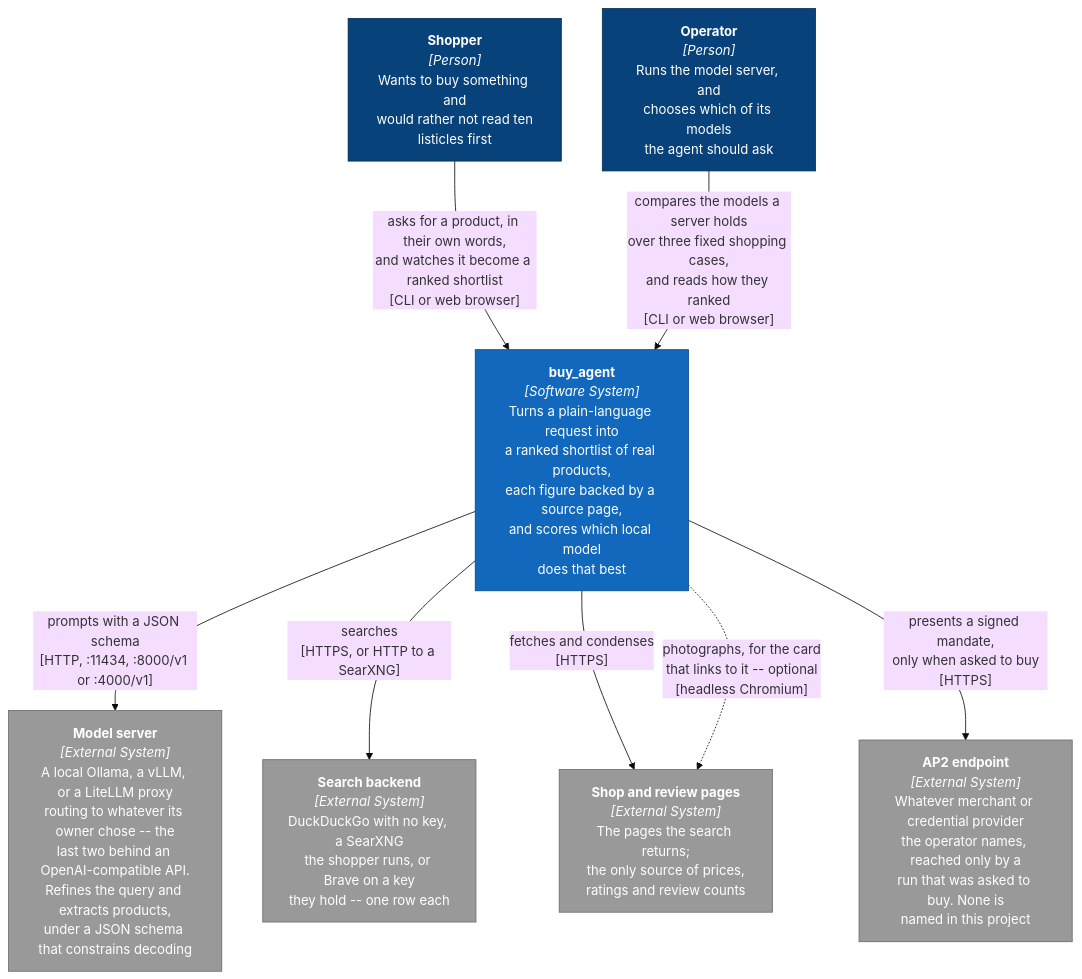
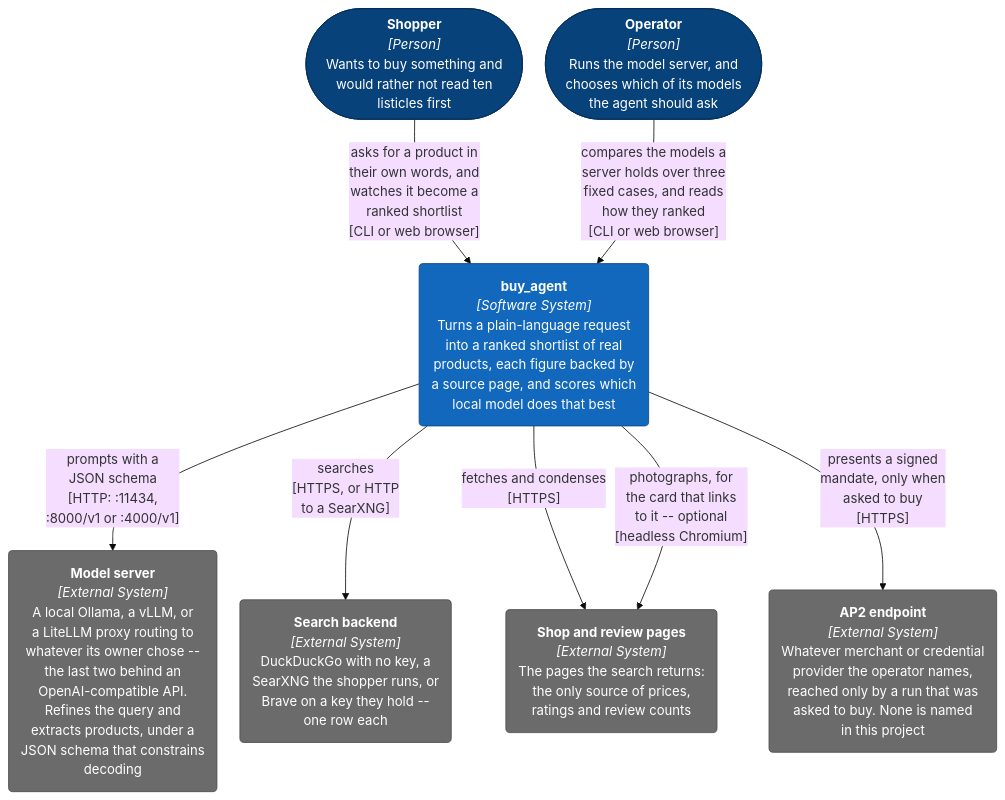
Before and after one commit to adamw7/buy_agent: the second of 11 diagrams in docs/architecture.md, drawn with Mermaid (base theme). The commit also changed other lines of this file, not shown here.

````diff
--- a/docs/architecture.md
+++ b/docs/architecture.md
@@ -10,27 +39,34 @@
 ```mermaid
+---
+config:
+  flowchart:
+    wrappingWidth: 400
+    nodeSpacing: 28
+    rankSpacing: 56
+---
 graph TB
-    shopper["<b>Shopper</b><br/><i>[Person]</i><br/>Wants to buy something and<br/>would rather not read ten<br/>listicles first"]
-    operator["<b>Operator</b><br/><i>[Person]</i><br/>Runs the model server, and<br/>chooses which of its models<br/>the agent should ask"]
+    shopper(["<b>Shopper</b><br/><i>[Person]</i><br/>Wants to buy something and<br/>would rather not read ten<br/>listicles first"])
+    operator(["<b>Operator</b><br/><i>[Person]</i><br/>Runs the model server, and<br/>chooses which of its models<br/>the agent should ask"])
 
-    system["<b>buy_agent</b><br/><i>[Software System]</i><br/>Turns a plain-language request into<br/>a ranked shortlist of real products,<br/>each figure backed by a source page,<br/>and scores which local model<br/>does that best"]
+    system("<b>buy_agent</b><br/><i>[Software System]</i><br/>Turns a plain-language request<br/>into a ranked shortlist of real<br/>products, each figure backed by<br/>a source page, and scores which<br/>local model does that best")
 
-    ollama["<b>Model server</b><br/><i>[External System]</i><br/>A local Ollama, a vLLM, or a LiteLLM proxy<br/>routing to whatever its owner chose -- the<br/>last two behind an OpenAI-compatible API.<br/>Refines the query and extracts products,<br/>under a JSON schema that constrains decoding"]
-    ddg["<b>Search backend</b><br/><i>[External System]</i><br/>DuckDuckGo with no key, a SearXNG<br/>the shopper runs, or Brave on a key<br/>they hold -- one row each"]
-    shops["<b>Shop and review pages</b><br/><i>[External System]</i><br/>The pages the search returns;<br/>the only source of prices,<br/>ratings and review counts"]
-    counterparty["<b>AP2 endpoint</b><br/><i>[External System]</i><br/>Whatever merchant or credential provider<br/>the operator names, reached only by a<br/>run that was asked to buy. None is<br/>named in this project"]
+    ollama("<b>Model server</b><br/><i>[External System]</i><br/>A local Ollama, a vLLM, or<br/>a LiteLLM proxy routing to<br/>whatever its owner chose --<br/>the last two behind an<br/>OpenAI-compatible API.<br/>Refines the query and<br/>extracts products, under a<br/>JSON schema that constrains<br/>decoding")
+    ddg("<b>Search backend</b><br/><i>[External System]</i><br/>DuckDuckGo with no key, a<br/>SearXNG the shopper runs, or<br/>Brave on a key they hold --<br/>one row each")
+    shops("<b>Shop and review pages</b><br/><i>[External System]</i><br/>The pages the search returns:<br/>the only source of prices,<br/>ratings and review counts")
+    counterparty("<b>AP2 endpoint</b><br/><i>[External System]</i><br/>Whatever merchant or credential<br/>provider the operator names,<br/>reached only by a run that was<br/>asked to buy. None is named<br/>in this project")
 
-    shopper -->|"asks for a product, in their own words,<br/>and watches it become a ranked shortlist<br/>[CLI or web browser]"| system
-    operator -->|"compares the models a server holds<br/>over three fixed shopping cases,<br/>and reads how they ranked<br/>[CLI or web browser]"| system
-    system -->|"prompts with a JSON schema<br/>[HTTP, :11434, :8000/v1 or :4000/v1]"| ollama
-    system -->|"searches<br/>[HTTPS, or HTTP to a SearXNG]"| ddg
+    shopper -->|"asks for a product in<br/>their own words, and<br/>watches it become a<br/>ranked shortlist<br/>[CLI or web browser]"| system
+    operator -->|"compares the models a<br/>server holds over three<br/>fixed cases, and reads<br/>how they ranked<br/>[CLI or web browser]"| system
+    system -->|"prompts with a<br/>JSON schema<br/>[HTTP: :11434,<br/>:8000/v1 or :4000/v1]"| ollama
+    system -->|"searches<br/>[HTTPS, or HTTP<br/>to a SearXNG]"| ddg
     system -->|"fetches and condenses<br/>[HTTPS]"| shops
-    system -.->|"photographs, for the card<br/>that links to it -- optional<br/>[headless Chromium]"| shops
-    system -->|"presents a signed mandate,<br/>only when asked to buy<br/>[HTTPS]"| counterparty
+    system -->|"photographs, for<br/>the card that links<br/>to it -- optional<br/>[headless Chromium]"| shops
+    system -->|"presents a signed<br/>mandate, only when<br/>asked to buy<br/>[HTTPS]"| counterparty
 
     classDef person fill:#08427b,stroke:#052e56,color:#fff
     classDef internal fill:#1168bd,stroke:#0b4884,color:#fff
-    classDef external fill:#999,stroke:#6b6b6b,color:#fff
+    classDef external fill:#6b6b6b,stroke:#4d4d4d,color:#fff
     class shopper,operator person
     class system internal
     class ollama,ddg,shops,counterparty external
 ```
````
